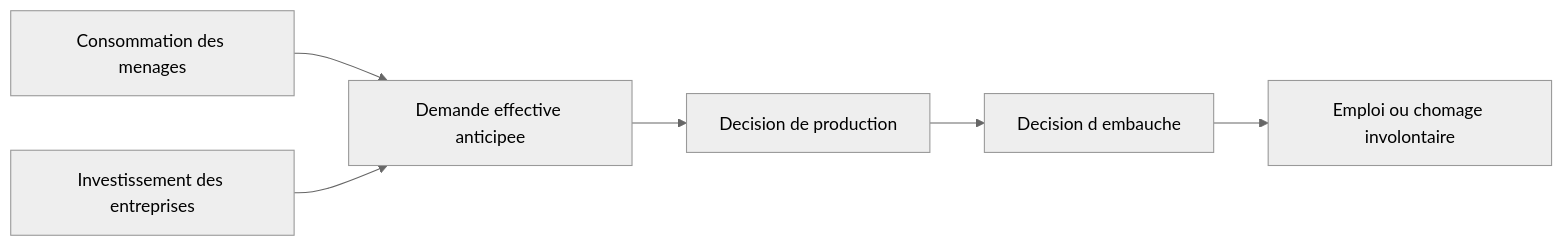
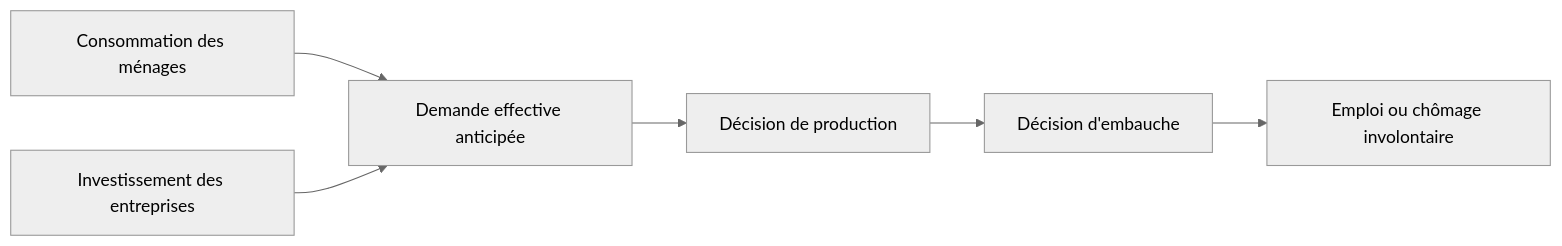
One commit to PierreBeaucoral/macro1-aes changed the first of 2 diagrams in slides/cm06.qmd. Above: the diagram before and after it, drawn with Mermaid (neutral theme). The commit also changed other lines of this file and 118 other files, not shown here.

````diff
--- a/slides/cm06.qmd
+++ b/slides/cm06.qmd
@@ -104,9 +105,9 @@
 ```{mermaid}
 %%| fig-cap: "La consommation des ménages et l'investissement des entreprises forment la demande effective anticipée, qui détermine la production puis l'embauche : c'est cette chaîne, et non le coût du travail, qui gouverne l'emploi chez Keynes."
 flowchart LR
-    A[Consommation des menages] --> C[Demande effective anticipee]
+    A[Consommation des ménages] --> C[Demande effective anticipée]
     B[Investissement des entreprises] --> C
-    C --> D[Decision de production]
-    D --> E[Decision d embauche]
-    E --> F[Emploi ou chomage involontaire]
+    C --> D[Décision de production]
+    D --> E[Décision d'embauche]
+    E --> F[Emploi ou chômage involontaire]
 ```
````
